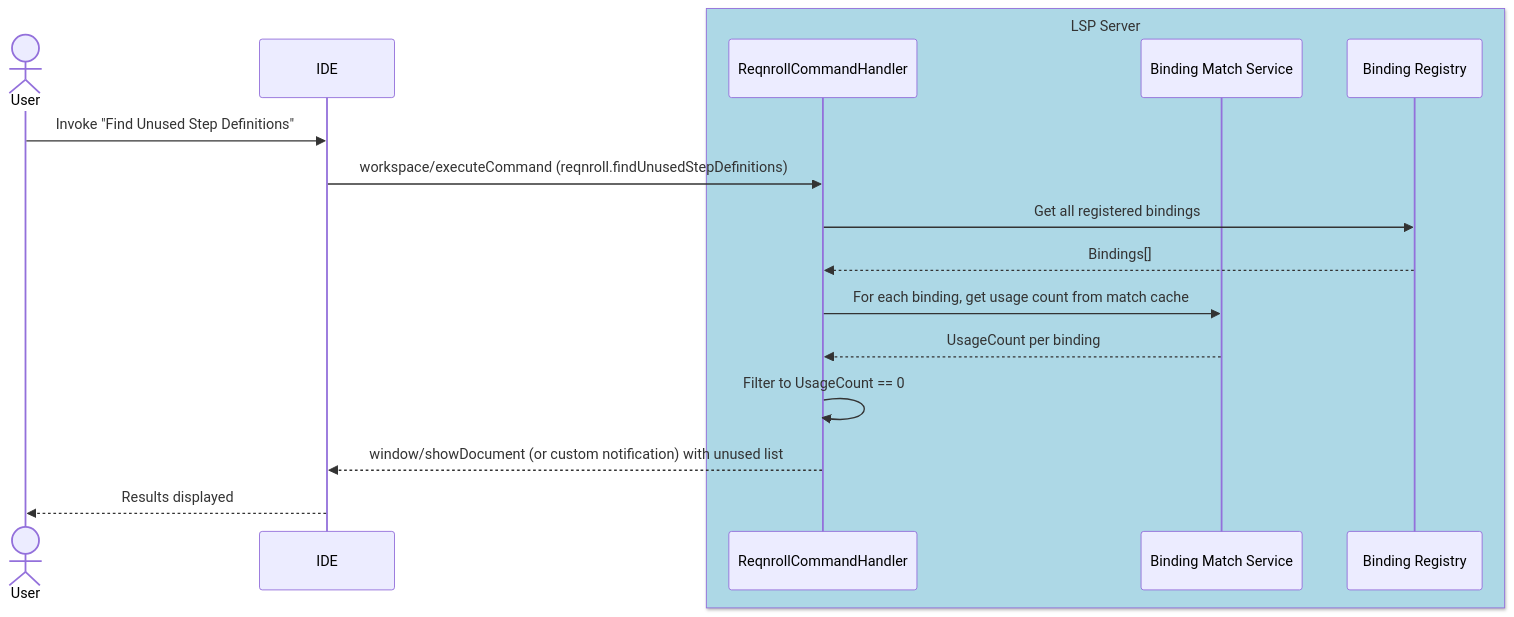
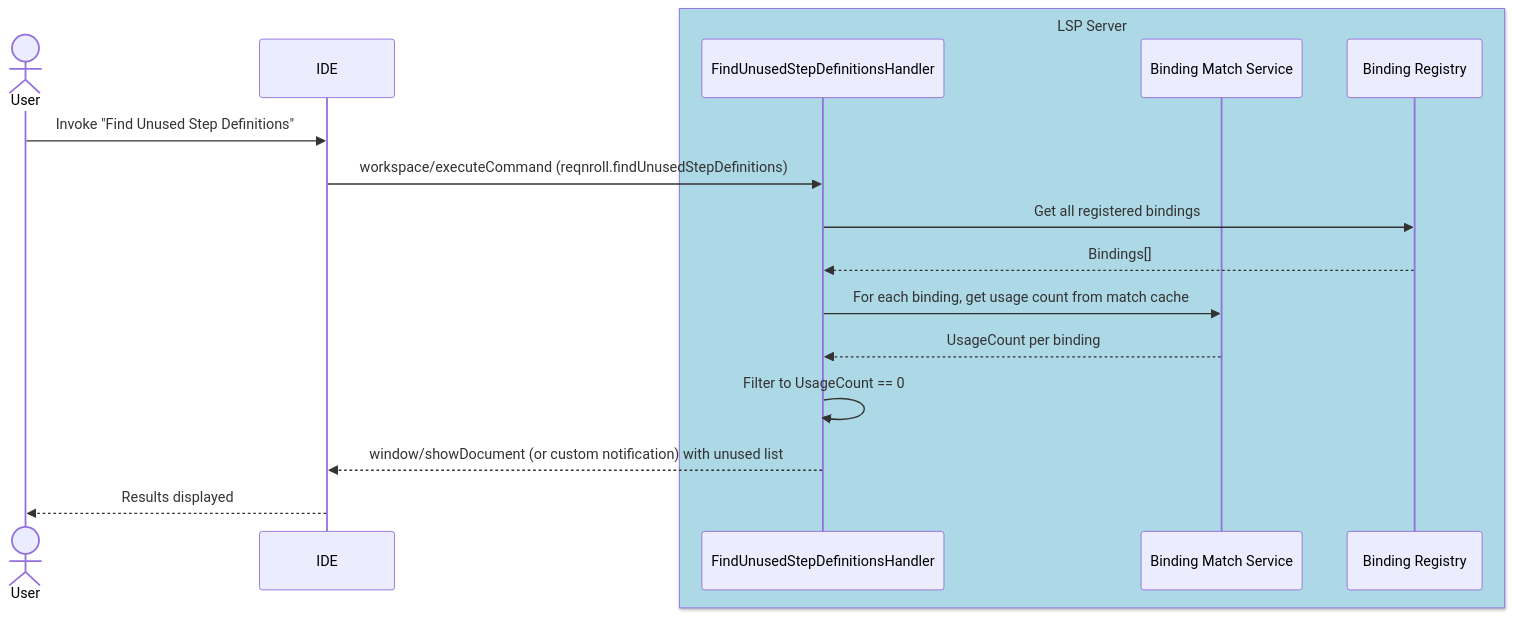
Before and after one commit to clrudolphi/Reqnroll.IdeSupport: diagram 15 of 19 in docs/LSP-IDE-Support-Feature-Designs.md, drawn with Mermaid. The commit also changed other lines of this file and 1 other file, not shown here.

````diff
--- a/docs/LSP-IDE-Support-Feature-Designs.md
+++ b/docs/LSP-IDE-Support-Feature-Designs.md
@@ -1121,21 +1086,21 @@
 ```mermaid
 sequenceDiagram
     actor User
     participant IDE
 
     box LightBlue LSP Server
-        participant RCH as ReqnrollCommandHandler
+        participant FUH as FindUnusedStepDefinitionsHandler
         participant BM as Binding Match Service
         participant BR as Binding Registry
     end
 
     User->>IDE: Invoke "Find Unused Step Definitions"
-    IDE->>RCH: workspace/executeCommand (reqnroll.findUnusedStepDefinitions)
-    RCH->>BR: Get all registered bindings
-    BR-->>RCH: Bindings[]
-    RCH->>BM: For each binding, get usage count from match cache
-    BM-->>RCH: UsageCount per binding
-    RCH->>RCH: Filter to UsageCount == 0
-    RCH-->>IDE: window/showDocument (or custom notification) with unused list
+    IDE->>FUH: workspace/executeCommand (reqnroll.findUnusedStepDefinitions)
+    FUH->>BR: Get all registered bindings
+    BR-->>FUH: Bindings[]
+    FUH->>BM: For each binding, get usage count from match cache
+    BM-->>FUH: UsageCount per binding
+    FUH->>FUH: Filter to UsageCount == 0
+    FUH-->>IDE: window/showDocument (or custom notification) with unused list
     IDE-->>User: Results displayed
 ```
````
